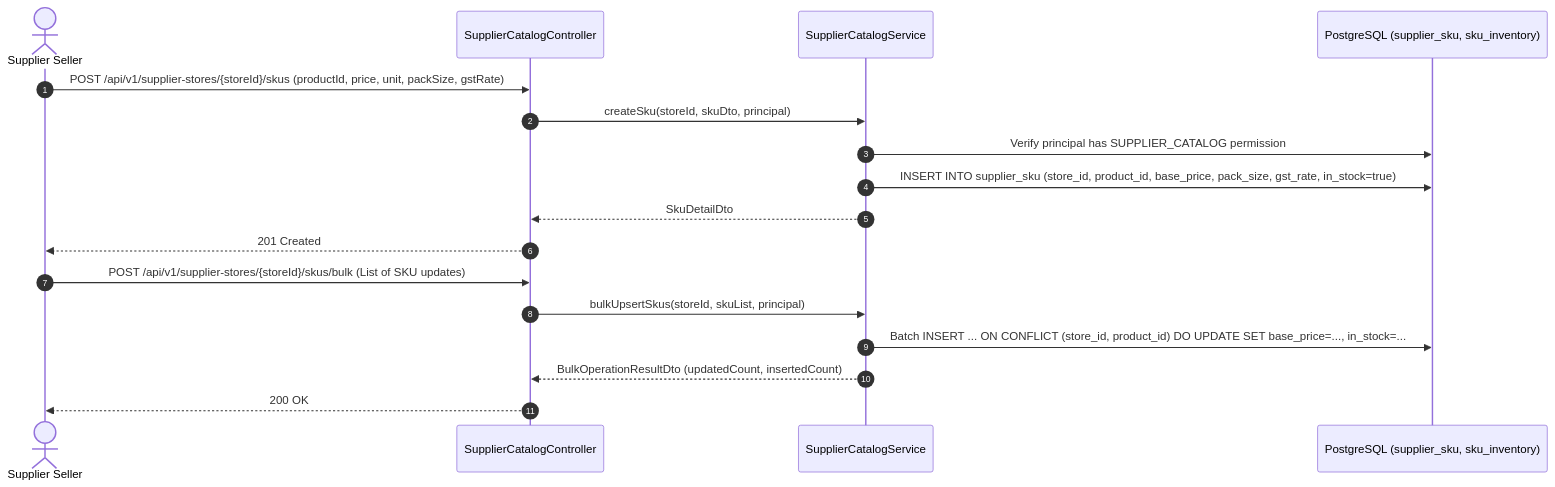
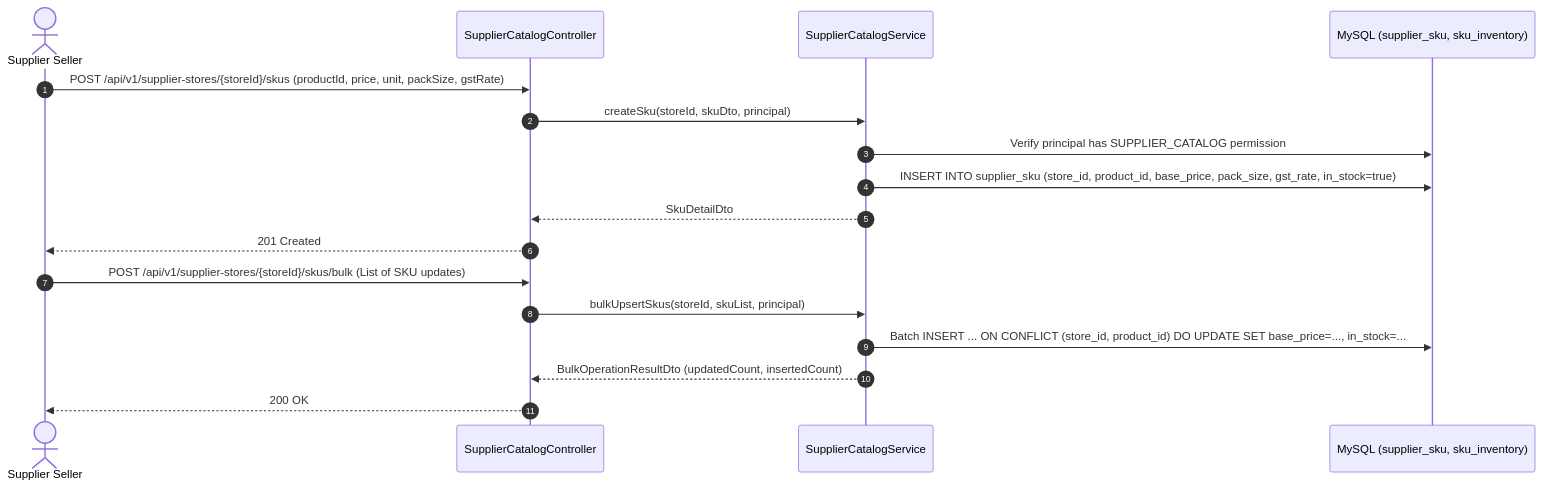
Before and after one commit to narasimha-reddy/costonomy-mp-api: the third of 3 diagrams in docs/architecture/sequence-diagrams/07-discovery-and-catalog.md, drawn with Mermaid. The commit also changed other lines of this file and 19 other files, not shown here.

First line of the commit message:
docs(delivery): current state, diagrams, decisions D-204 to D-207, changelog and traceability

````diff
--- a/docs/architecture/sequence-diagrams/07-discovery-and-catalog.md
+++ b/docs/architecture/sequence-diagrams/07-discovery-and-catalog.md
@@ -54,21 +54,21 @@
 ```mermaid
 sequenceDiagram
     autonumber
     actor Supplier as Supplier Seller
     participant SCC as SupplierCatalogController
     participant SCS as SupplierCatalogService
-    participant DB as PostgreSQL (supplier_sku, sku_inventory)
+    participant DB as MySQL (supplier_sku, sku_inventory)
 
     Supplier->>SCC: POST /api/v1/supplier-stores/{storeId}/skus (productId, price, unit, packSize, gstRate)
     SCC->>SCS: createSku(storeId, skuDto, principal)
     SCS->>DB: Verify principal has SUPPLIER_CATALOG permission
     SCS->>DB: INSERT INTO supplier_sku (store_id, product_id, base_price, pack_size, gst_rate, in_stock=true)
     SCS-->>SCC: SkuDetailDto
     SCC-->>Supplier: 201 Created
 
     Supplier->>SCC: POST /api/v1/supplier-stores/{storeId}/skus/bulk (List of SKU updates)
     SCC->>SCS: bulkUpsertSkus(storeId, skuList, principal)
     SCS->>DB: Batch INSERT ... ON CONFLICT (store_id, product_id) DO UPDATE SET base_price=..., in_stock=...
     SCS-->>SCC: BulkOperationResultDto (updatedCount, insertedCount)
     SCC-->>Supplier: 200 OK
 ```
````
